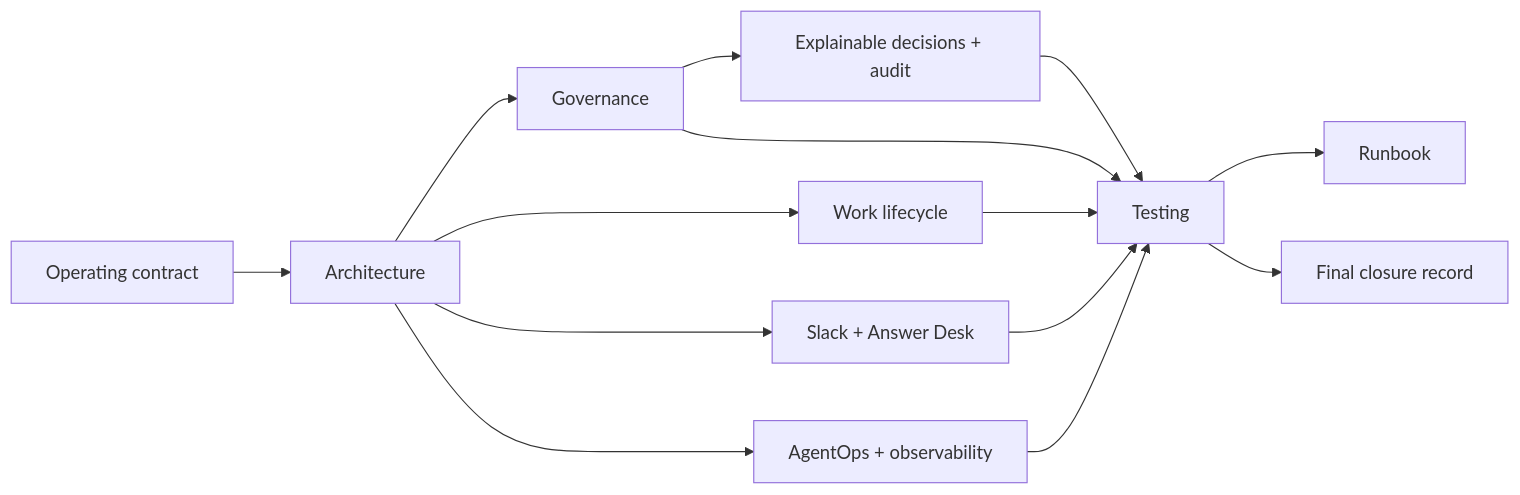
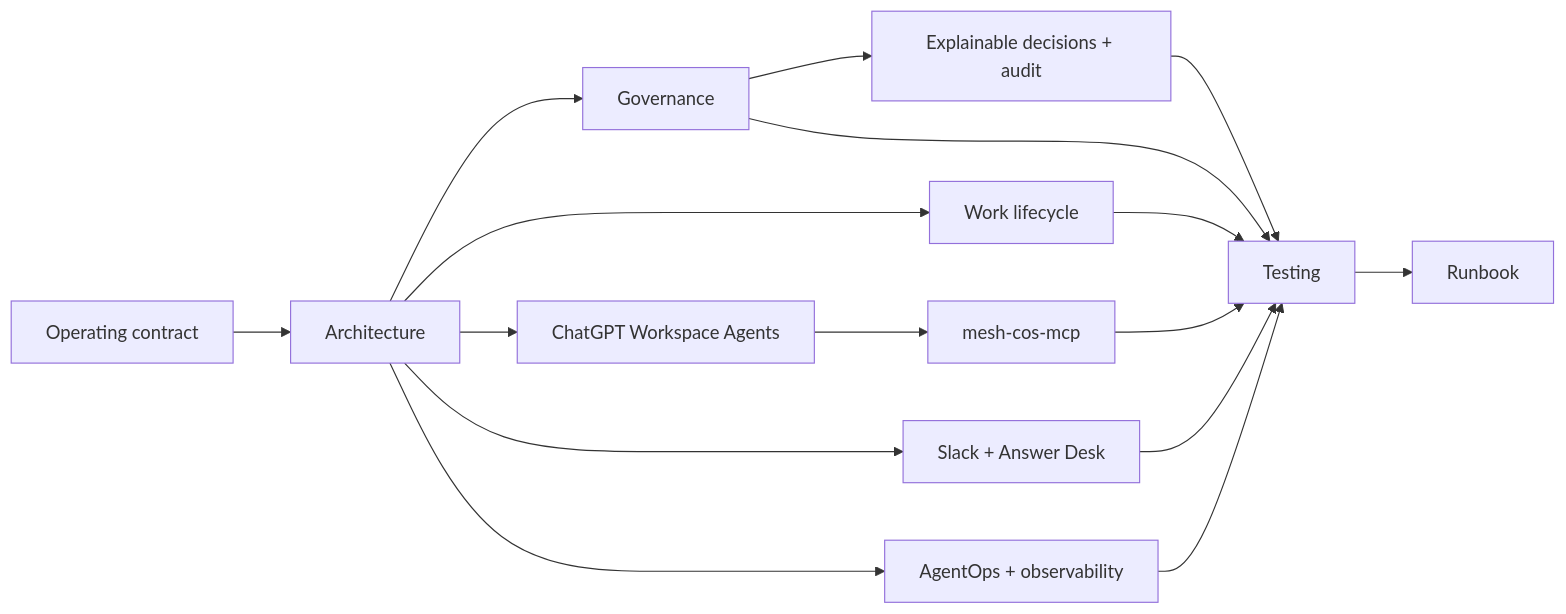
Before and after one commit to mkleinbe/mesh-ai-agent-cos-universe: the diagram in docs/README.md, drawn with Mermaid. The commit also changed other lines of this file, not shown here.

Commit message:
docs: index Workspace Agent deployment packages

````diff
--- a/docs/README.md
+++ b/docs/README.md
@@ -5,16 +5,18 @@
 ```mermaid
 flowchart LR
     C[Operating contract] --> A[Architecture]
     A --> G[Governance]
     A --> W[Work lifecycle]
+    A --> CA[ChatGPT Workspace Agents]
     A --> S[Slack + Answer Desk]
     A --> O[AgentOps + observability]
     G --> X[Explainable decisions + audit]
+    CA --> MCP[mesh-cos-mcp]
     G --> T[Testing]
     W --> T
     S --> T
     O --> T
     X --> T
+    MCP --> T
     T --> R[Runbook]
-    T --> FC[Final closure record]
 ```
````
